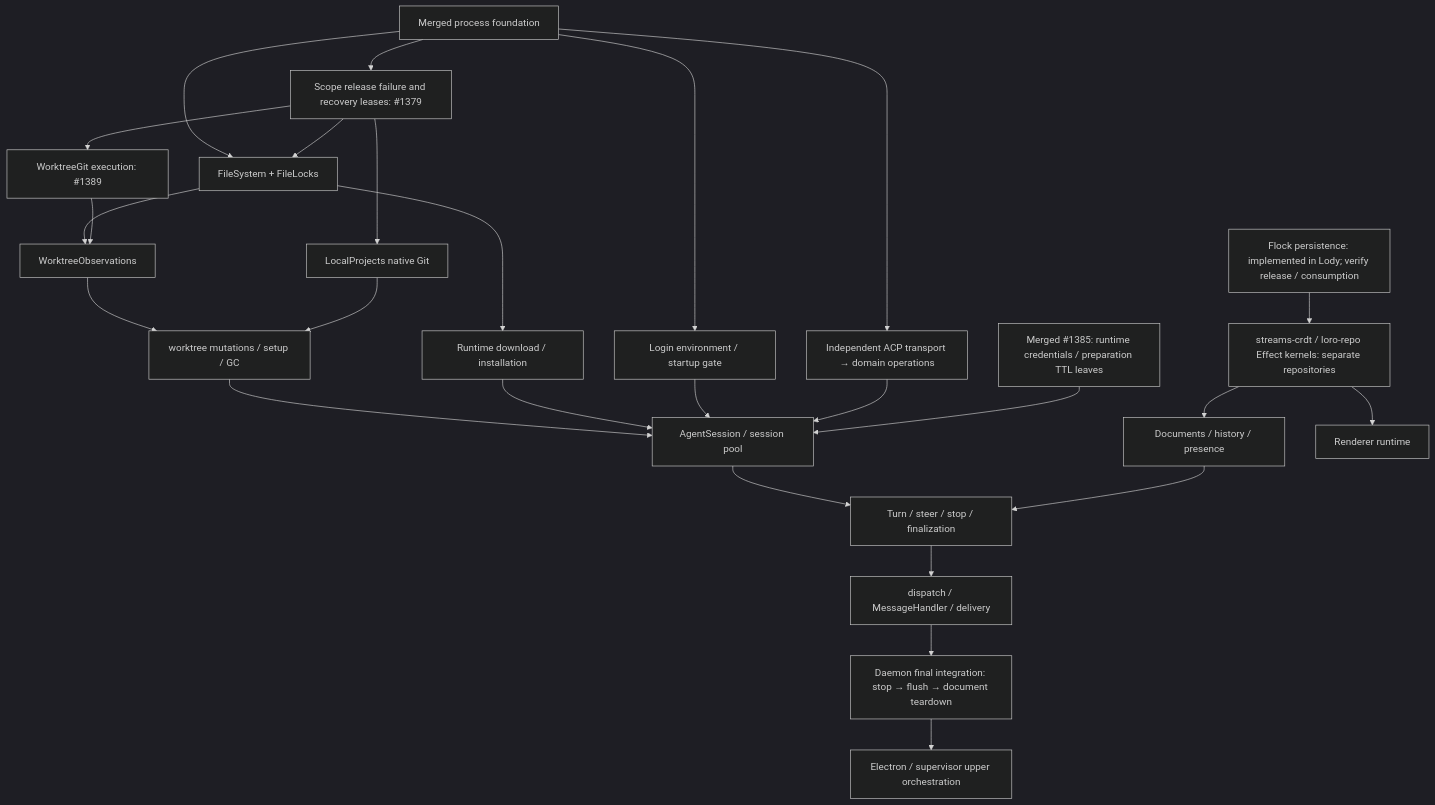
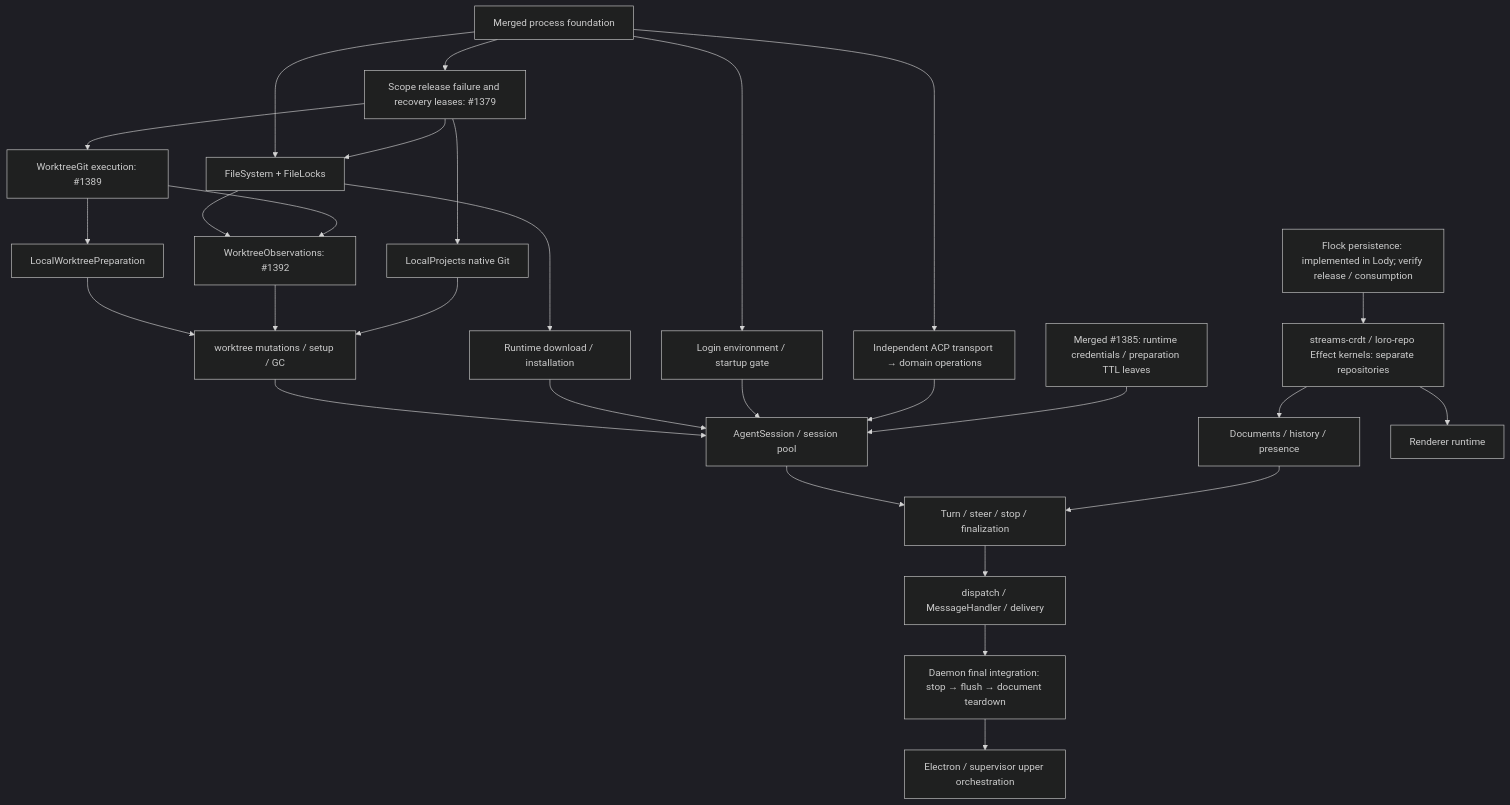
The diagram in .agents/notes/proposed/architecture/2026-09-27-effect-lifecycle-migration-roadmap.md (LodyAI/Lody), drawn with Mermaid (dark theme) before and after one commit. The commit also changed other lines of this file and 11 other files, not shown here.

First line of the commit message:
feat: migrate local worktree preparation to native Effect

````diff
--- a/.agents/notes/proposed/architecture/2026-09-27-effect-lifecycle-migration-roadmap.md
+++ b/.agents/notes/proposed/architecture/2026-09-27-effect-lifecycle-migration-roadmap.md
@@ -385,28 +385,30 @@
 ```mermaid
 flowchart TD
   P["Merged process foundation"] --> F["FileSystem + FileLocks"]
   P --> C["Scope release failure and recovery leases: #1379"]
   C --> F
   C --> G["LocalProjects native Git"]
   C --> Q["WorktreeGit execution: #1389"]
-  F --> O["WorktreeObservations"]
+  F --> O["WorktreeObservations: #1392"]
   Q --> O
+  Q --> B["LocalWorktreePreparation"]
+  B --> J
   O --> J["worktree mutations / setup / GC"]
   G --> J
   F --> R["Runtime download / installation"]
   P --> E["Login environment / startup gate"]
   P --> A["Independent ACP transport → domain operations"]
   J --> S["AgentSession / session pool"]
   R --> S
   E --> S
   A --> S
   N["Merged #1385: runtime credentials / preparation TTL leaves"] --> S
   K["Flock persistence: implemented in Lody; verify release / consumption"] --> L["streams-crdt / loro-repo Effect kernels: separate repositories"]
   L --> D["Documents / history / presence"]
   S --> T["Turn / steer / stop / finalization"]
   D --> T
   T --> H["dispatch / MessageHandler / delivery"]
   H --> M["Daemon final integration: stop → flush → document teardown"]
   L --> W["Renderer runtime"]
   M --> X["Electron / supervisor upper orchestration"]
 ```
````
